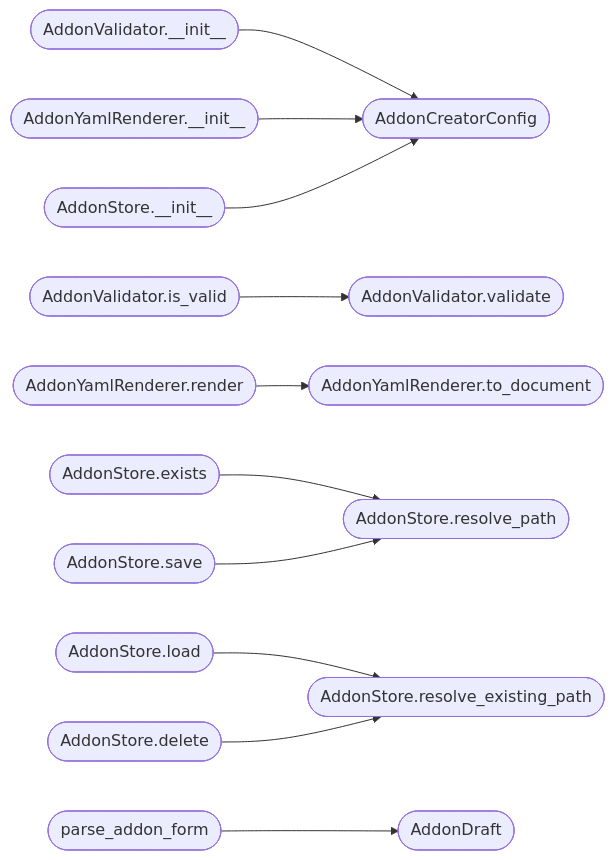
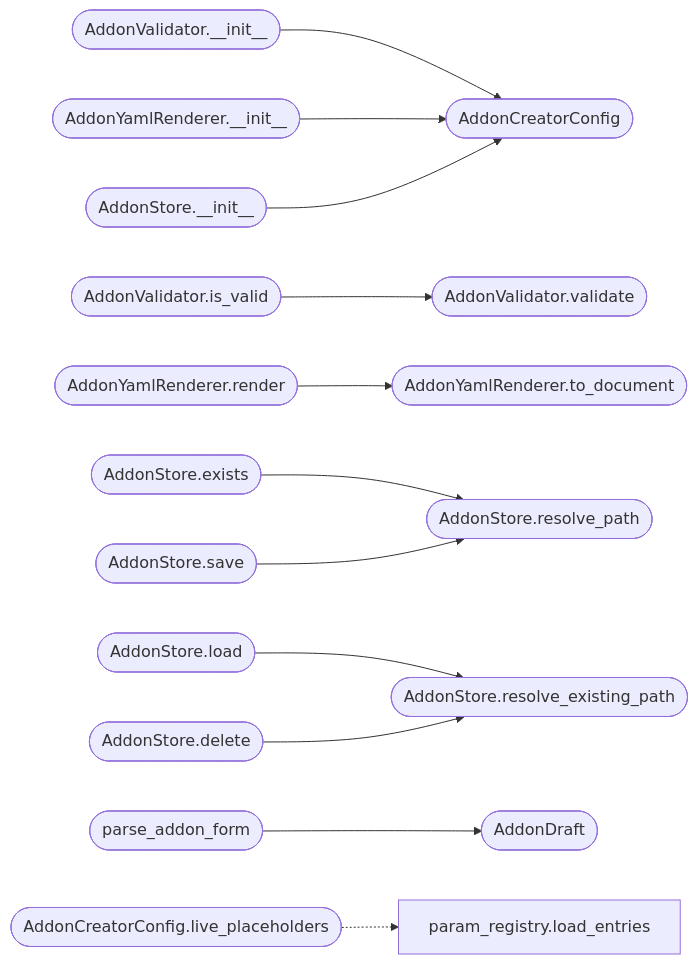
The second of 2 diagrams in readmenator-apidocs/modules/lazyc2.addon_creator.py.md (grisuno/LazyOwn), drawn with Mermaid before and after one commit. The commit also changed other lines of this file and 258 other files, not shown here.

````diff
--- a/readmenator-apidocs/modules/lazyc2.addon_creator.py.md
+++ b/readmenator-apidocs/modules/lazyc2.addon_creator.py.md
@@ -153,29 +153,32 @@
 ```mermaid
 flowchart LR
     n_lazyc2_addon_creator_py__AddonValidator___init__(["AddonValidator.__init__"])
     n_lazyc2_addon_creator_py__AddonCreatorConfig(["AddonCreatorConfig"])
     n_lazyc2_addon_creator_py__AddonValidator_is_valid(["AddonValidator.is_valid"])
     n_lazyc2_addon_creator_py__AddonValidator_validate(["AddonValidator.validate"])
     n_lazyc2_addon_creator_py__AddonYamlRenderer___init__(["AddonYamlRenderer.__init__"])
     n_lazyc2_addon_creator_py__AddonYamlRenderer_render(["AddonYamlRenderer.render"])
     n_lazyc2_addon_creator_py__AddonYamlRenderer_to_document(["AddonYamlRenderer.to_document"])
     n_lazyc2_addon_creator_py__AddonStore___init__(["AddonStore.__init__"])
     n_lazyc2_addon_creator_py__AddonStore_exists(["AddonStore.exists"])
     n_lazyc2_addon_creator_py__AddonStore_resolve_path(["AddonStore.resolve_path"])
     n_lazyc2_addon_creator_py__AddonStore_save(["AddonStore.save"])
     n_lazyc2_addon_creator_py__AddonStore_load(["AddonStore.load"])
     n_lazyc2_addon_creator_py__AddonStore_resolve_existing_path(["AddonStore.resolve_existing_path"])
     n_lazyc2_addon_creator_py__AddonStore_delete(["AddonStore.delete"])
     n_lazyc2_addon_creator_py__parse_addon_form(["parse_addon_form"])
     n_lazyc2_addon_creator_py__AddonDraft(["AddonDraft"])
+    n_lazyc2_addon_creator_py__AddonCreatorConfig_live_placeholders(["AddonCreatorConfig.live_placeholders"])
+    n_core_param_registry_py__load_entries["param_registry.load_entries"]
     n_lazyc2_addon_creator_py__AddonValidator___init__ --> n_lazyc2_addon_creator_py__AddonCreatorConfig
     n_lazyc2_addon_creator_py__AddonValidator_is_valid --> n_lazyc2_addon_creator_py__AddonValidator_validate
     n_lazyc2_addon_creator_py__AddonYamlRenderer___init__ --> n_lazyc2_addon_creator_py__AddonCreatorConfig
     n_lazyc2_addon_creator_py__AddonYamlRenderer_render --> n_lazyc2_addon_creator_py__AddonYamlRenderer_to_document
     n_lazyc2_addon_creator_py__AddonStore___init__ --> n_lazyc2_addon_creator_py__AddonCreatorConfig
     n_lazyc2_addon_creator_py__AddonStore_exists --> n_lazyc2_addon_creator_py__AddonStore_resolve_path
     n_lazyc2_addon_creator_py__AddonStore_save --> n_lazyc2_addon_creator_py__AddonStore_resolve_path
     n_lazyc2_addon_creator_py__AddonStore_load --> n_lazyc2_addon_creator_py__AddonStore_resolve_existing_path
     n_lazyc2_addon_creator_py__AddonStore_delete --> n_lazyc2_addon_creator_py__AddonStore_resolve_existing_path
     n_lazyc2_addon_creator_py__parse_addon_form --> n_lazyc2_addon_creator_py__AddonDraft
+    n_lazyc2_addon_creator_py__AddonCreatorConfig_live_placeholders -.-> n_core_param_registry_py__load_entries
 ```
````
